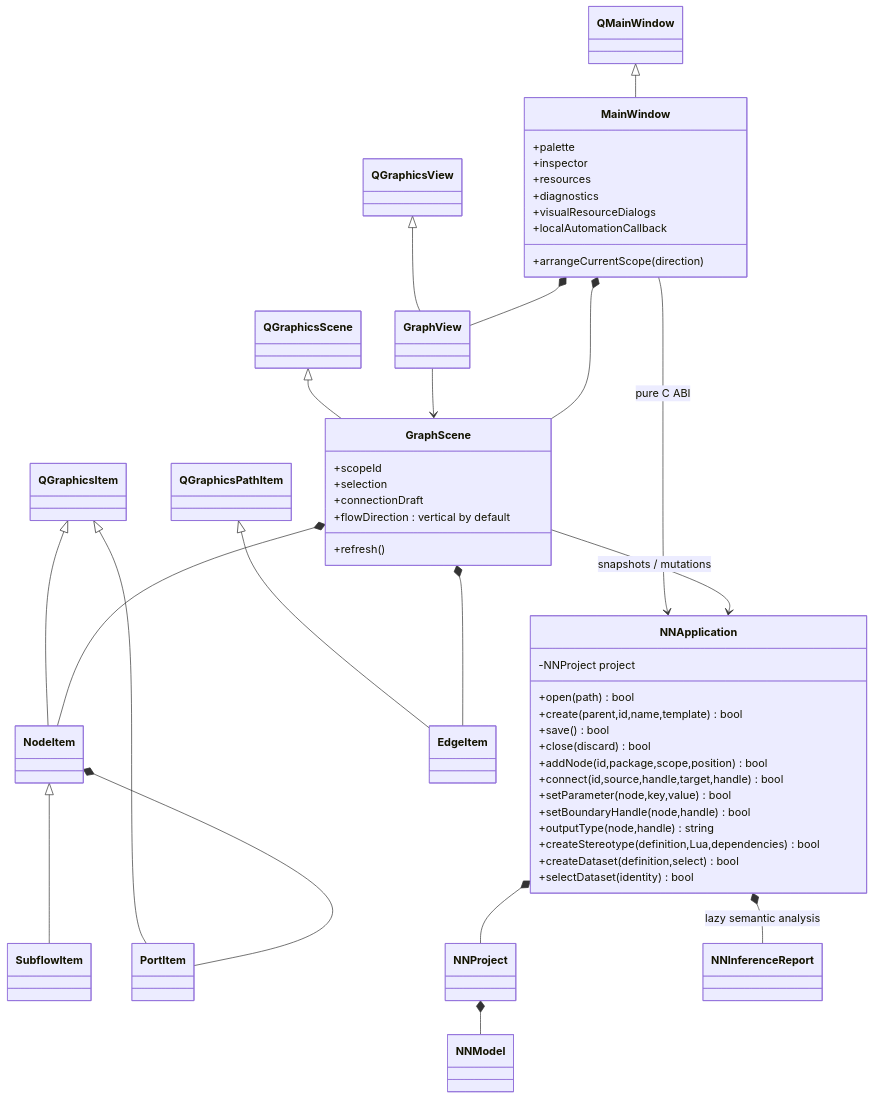
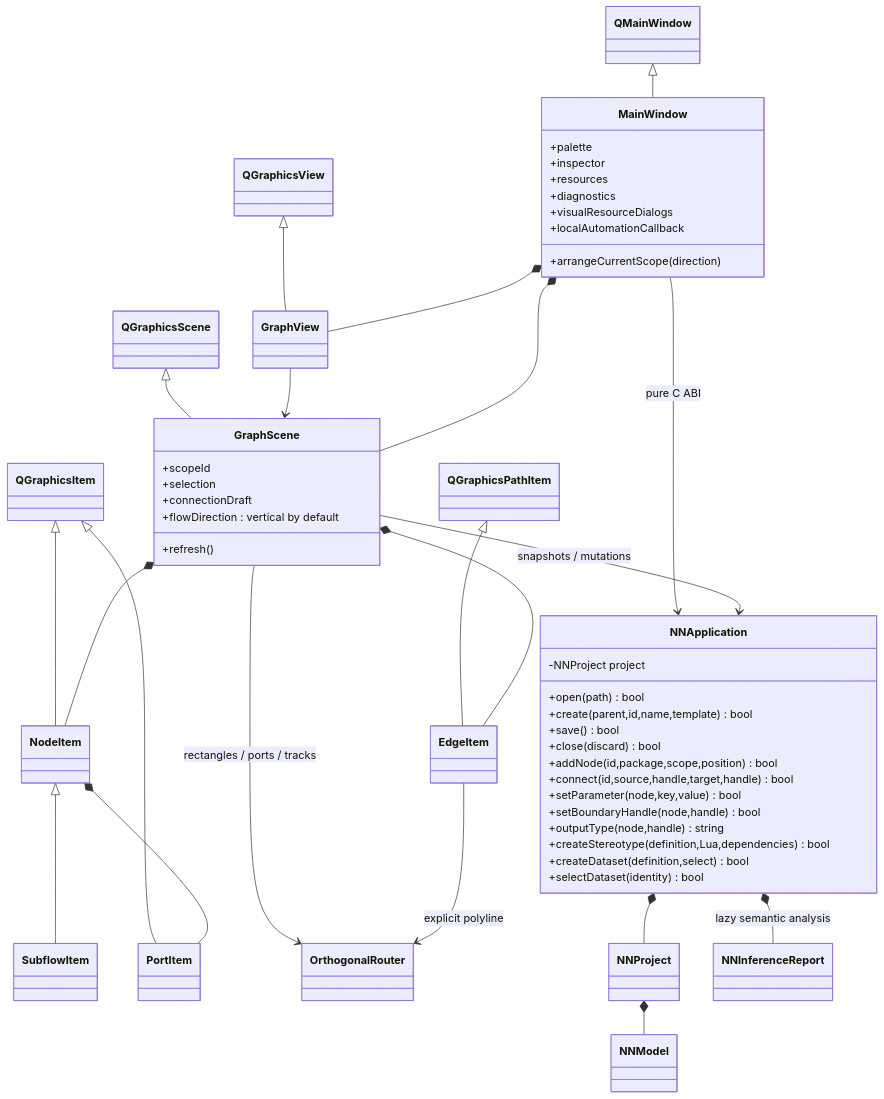
The diagram in docs/knowledge/uml/editor.md (LucaSforza/nnmodelling-ui), drawn with Mermaid before and after one commit. The commit also changed other lines of this file and 4 other files, not shown here.

````diff
--- a/docs/knowledge/uml/editor.md
+++ b/docs/knowledge/uml/editor.md
@@ -8,52 +8,54 @@
 ```mermaid
 classDiagram
     class NNApplication {
       -NNProject project
       +open(path) bool
       +create(parent,id,name,template) bool
       +save() bool
       +close(discard) bool
       +addNode(id,package,scope,position) bool
       +connect(id,source,handle,target,handle) bool
       +setParameter(node,key,value) bool
       +setBoundaryHandle(node,handle) bool
       +outputType(node,handle) string
       +createStereotype(definition,Lua,dependencies) bool
       +createDataset(definition,select) bool
       +selectDataset(identity) bool
     }
     class MainWindow {
       +palette
       +inspector
       +resources
       +diagnostics
       +visualResourceDialogs
       +localAutomationCallback
       +arrangeCurrentScope(direction)
     }
     class GraphScene {
       +scopeId
       +selection
       +connectionDraft
       +flowDirection : vertical by default
       +refresh()
     }
     MainWindow --> NNApplication : pure C ABI
     QMainWindow <|-- MainWindow
     QGraphicsView <|-- GraphView
     QGraphicsScene <|-- GraphScene
     QGraphicsItem <|-- NodeItem
     NodeItem <|-- SubflowItem
     QGraphicsItem <|-- PortItem
     QGraphicsPathItem <|-- EdgeItem
     MainWindow *-- GraphView
     GraphView --> GraphScene
     GraphScene *-- NodeItem
     GraphScene *-- EdgeItem
+    GraphScene --> OrthogonalRouter : rectangles / ports / tracks
+    EdgeItem --> OrthogonalRouter : explicit polyline
     NodeItem *-- PortItem
     MainWindow *-- GraphScene
     GraphScene --> NNApplication : snapshots / mutations
     NNApplication *-- NNProject
     NNProject *-- NNModel
     NNApplication *-- NNInferenceReport : lazy semantic analysis
 ```
````
